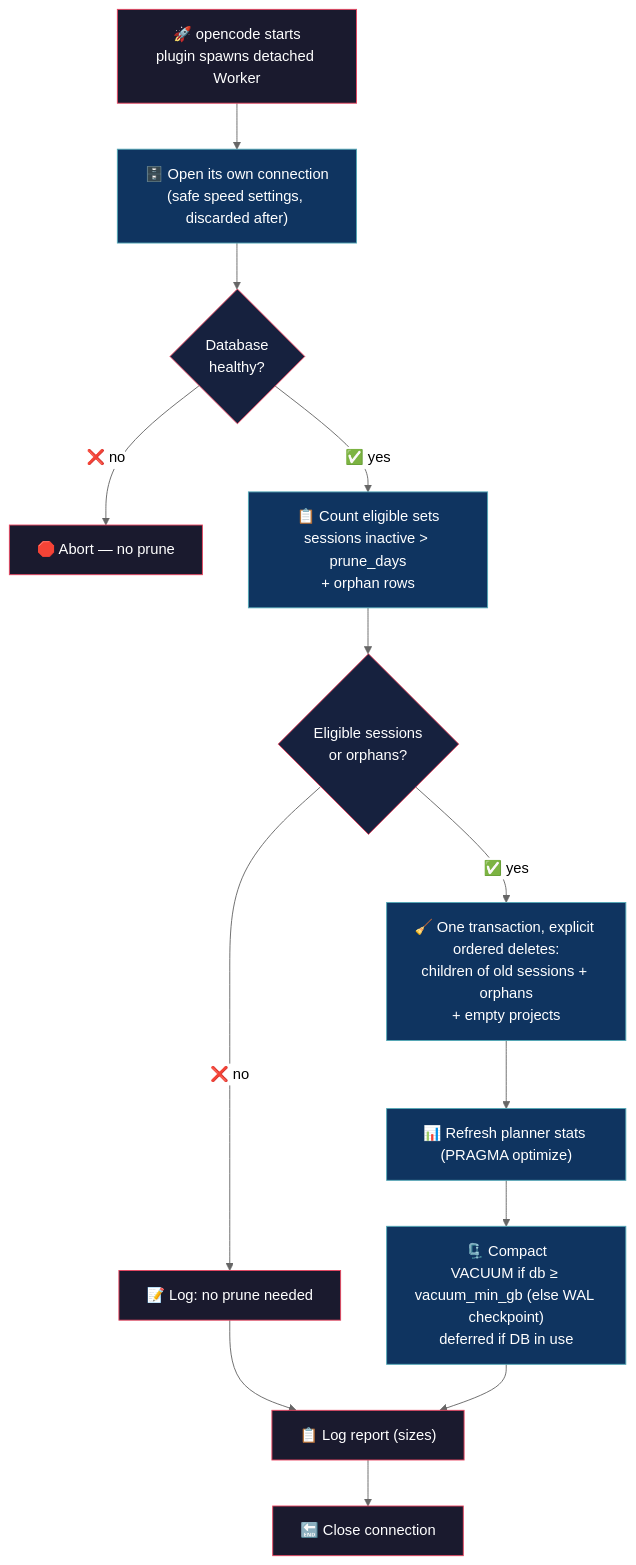
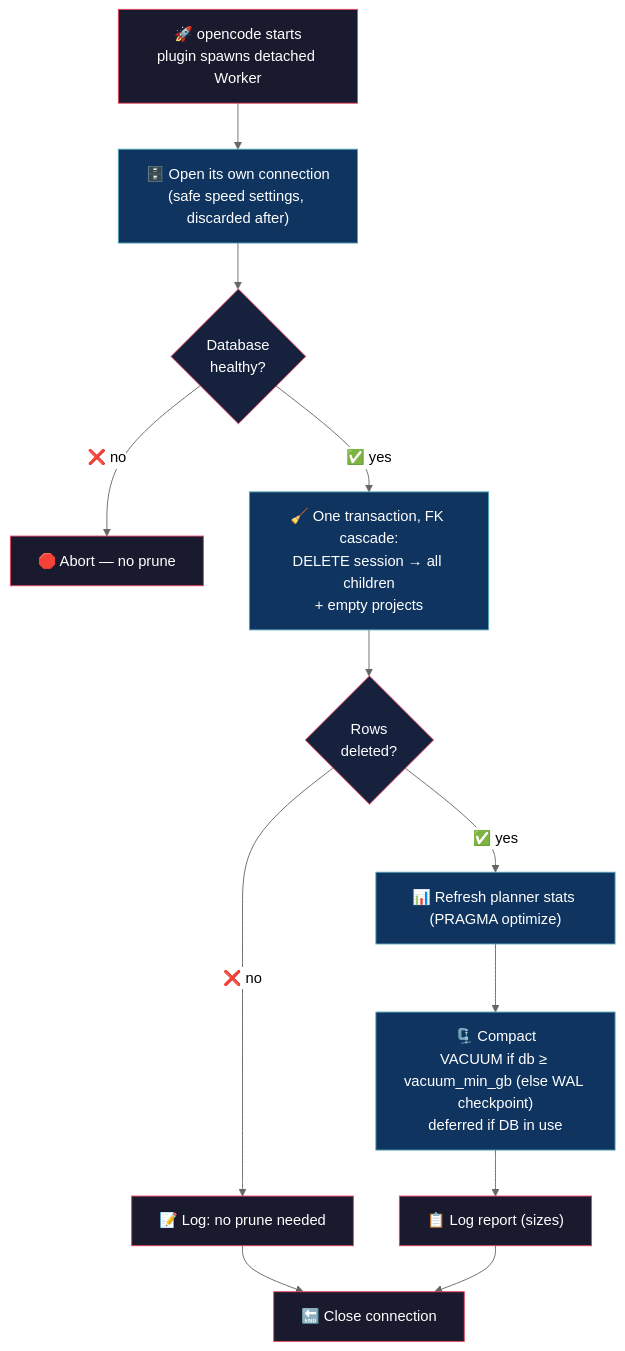
Before and after one commit to alejo54dev/opencode-db-prunetor: the diagram in README.md, drawn with Mermaid (neutral theme). The commit also changed other lines of this file and 1 other file, not shown here.

Commit message:
refactor: prune via FK cascade in one transaction, not explicit per-table deletes
- rely on opencode's ON DELETE CASCADE schema: a single DELETE FROM session
  cascades parts, messages, todos, session_* and event rows
- drop SESSION_CHILDREN/PROJECT_CHILDREN arrays, the per-table loop and the
  countEligible gate; prune() is now one exec of five statements
- only event_sequence (no FK to session) and empty projects are swept
  explicitly; dangling parent_id links are nulled in the same txn
- run() decides 'No prune needed' from total_changes returned by prune()
- verified on a copy of the real DB: 727 rows, integrity ok, 0 FK violations
- bump to 1.1.21

````diff
--- a/README.md
+++ b/README.md
@@ -33,29 +31,27 @@
 ```mermaid
 flowchart TD
     A["🚀 opencode starts<br/>plugin spawns detached Worker"]
     A --> B["🗄️ Open its own connection<br/>(safe speed settings, discarded after)"]
     B --> C{"Database<br/>healthy?"}
     C -->|"❌ no"| Z["🛑 Abort — no prune"]
-    C -->|"✅ yes"| D["📋 Count eligible sets<br/>sessions inactive > prune_days<br/>+ orphan rows"]
-    D --> E{"Eligible sessions<br/>or orphans?"}
+    C -->|"✅ yes"| G["🧹 One transaction, FK cascade:<br/>DELETE session → all children<br/>+ empty projects"]
+    G --> E{"Rows<br/>deleted?"}
     E -->|"❌ no"| R["📝 Log: no prune needed"]
-    E -->|"✅ yes"| G["🧹 One transaction, explicit ordered deletes:<br/>children of old sessions + orphans<br/>+ empty projects"]
-    G --> I["📊 Refresh planner stats (PRAGMA optimize)"]
+    E -->|"✅ yes"| I["📊 Refresh planner stats (PRAGMA optimize)"]
     I --> M["🗜️ Compact<br/>VACUUM if db ≥ vacuum_min_gb (else WAL checkpoint)<br/>deferred if DB in use"]
-    R --> J["📋 Log report (sizes)"]
-    M --> J
+    M --> J["📋 Log report (sizes)"]
+    R --> K
     J --> K["🔚 Close connection"]
 
     style A fill:#1a1a2e,stroke:#e94560,color:#fff
     style B fill:#0f3460,stroke:#53a8b6,color:#fff
     style C fill:#16213e,stroke:#e94560,color:#fff
-    style D fill:#0f3460,stroke:#53a8b6,color:#fff
     style E fill:#16213e,stroke:#e94560,color:#fff
     style G fill:#0f3460,stroke:#53a8b6,color:#fff
     style I fill:#0f3460,stroke:#53a8b6,color:#fff
     style M fill:#0f3460,stroke:#53a8b6,color:#fff
     style J fill:#1a1a2e,stroke:#e94560,color:#fff
     style K fill:#1a1a2e,stroke:#e94560,color:#fff
     style R fill:#1a1a2e,stroke:#e94560,color:#fff
     style Z fill:#1a1a2e,stroke:#e94560,color:#fff
 ```
````
